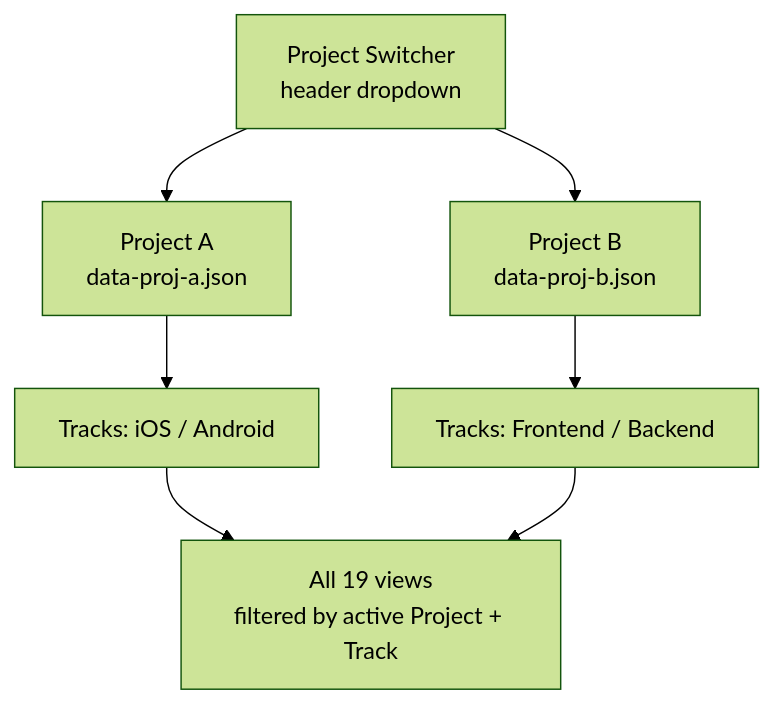
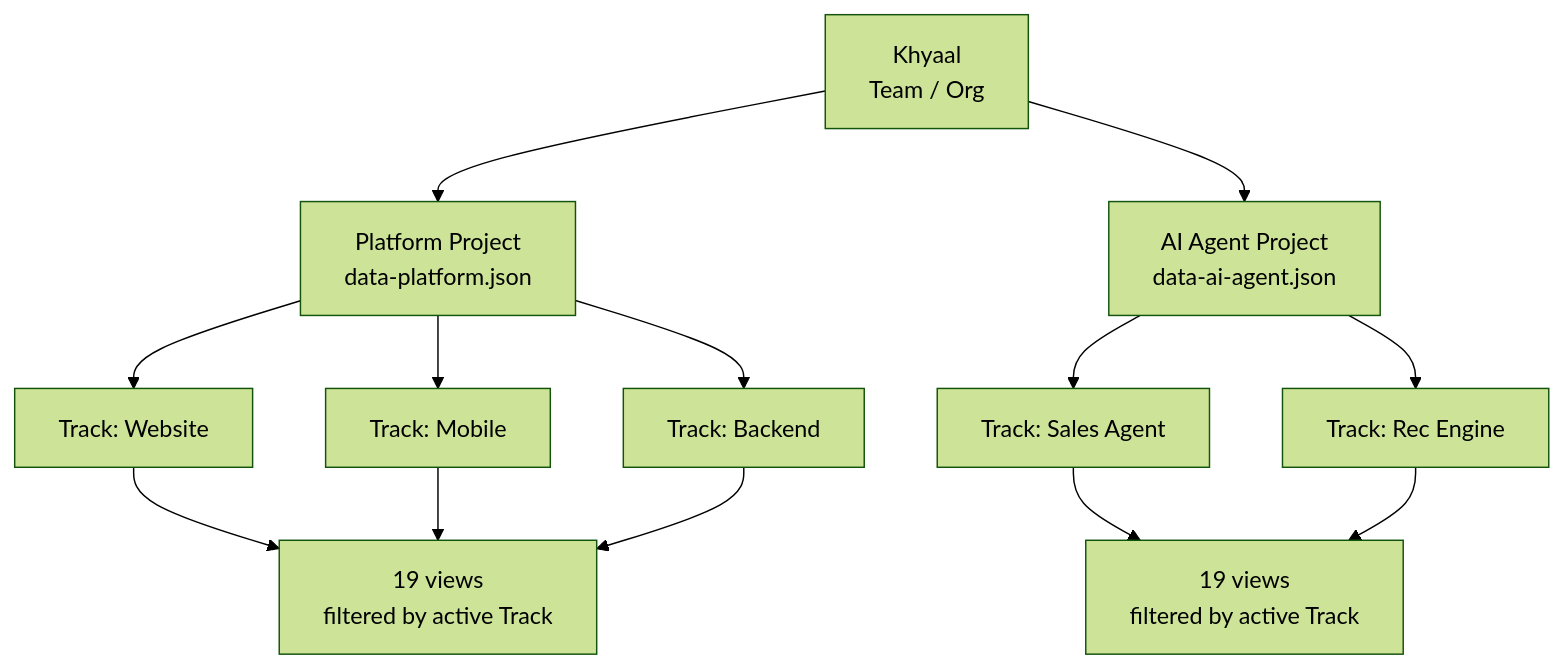
The fifth of 6 diagrams in docs/PRODUCT_FLOW.md (Khyaal-Inc/khyaal-engineering-updates), drawn with Mermaid (forest theme) before and after one commit. The commit also changed other lines of this file and 4 other files, not shown here.

Commit message:
feat: implement multi-project architecture with role-based access control and project-scoped data isolation

````diff
--- a/docs/PRODUCT_FLOW.md
+++ b/docs/PRODUCT_FLOW.md
@@ -148,8 +152,13 @@
 ```mermaid
 flowchart TD
-    PS[Project Switcher\nheader dropdown] --> PA[Project A\ndata-proj-a.json]
-    PS --> PB[Project B\ndata-proj-b.json]
-    PA --> TA[Tracks: iOS / Android]
-    PB --> TB[Tracks: Frontend / Backend]
-    TA & TB --> VIEWS[All 19 views\nfiltered by active Project + Track]
+    ORG[Khyaal\nTeam / Org]
+    ORG --> P1[Platform Project\ndata-platform.json]
+    ORG --> P2[AI Agent Project\ndata-ai-agent.json]
+    P1 --> T1A[Track: Website]
+    P1 --> T1B[Track: Mobile]
+    P1 --> T1C[Track: Backend]
+    P2 --> T2A[Track: Sales Agent]
+    P2 --> T2B[Track: Rec Engine]
+    T1A & T1B & T1C --> V1[19 views\nfiltered by active Track]
+    T2A & T2B --> V2[19 views\nfiltered by active Track]
 ```
````
